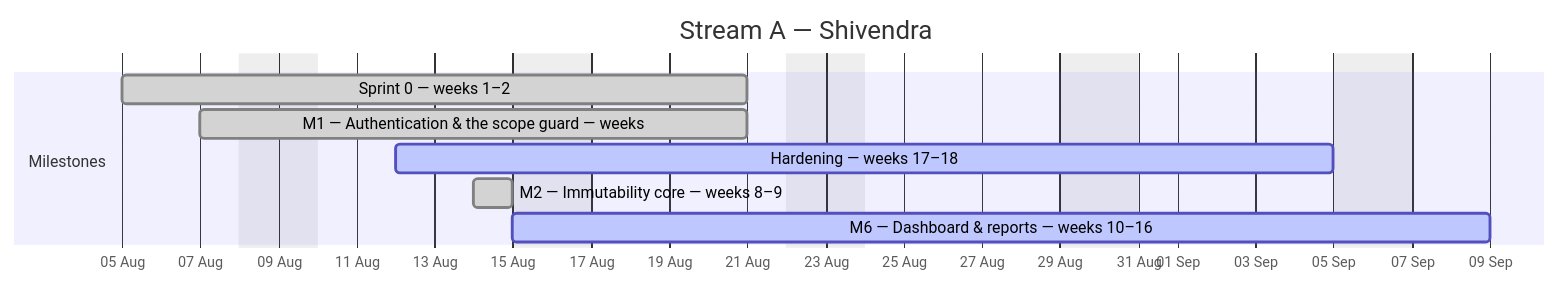
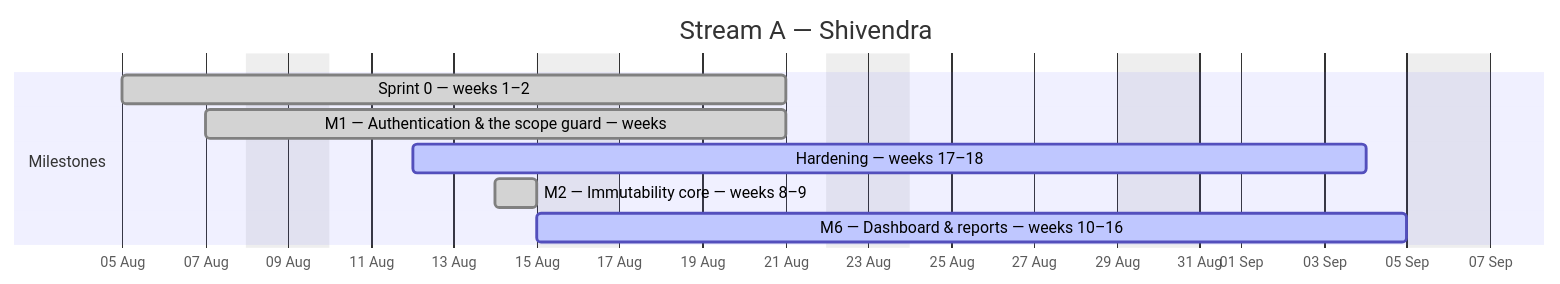
One commit to debashisedunext/EduTrack changed the first of 4 diagrams in docs/plan/GANTT.md. Above: the diagram before and after it, drawn with Mermaid. The commit also changed other lines of this file and 3 other files, not shown here.

````diff
--- a/docs/plan/GANTT.md
+++ b/docs/plan/GANTT.md
@@ -86,13 +86,13 @@
 ```mermaid
 gantt
     dateFormat YYYY-MM-DD
     axisFormat %d %b
     title Stream A — Shivendra
     excludes weekends
     section Milestones
     Sprint 0 — weeks 1–2 :done, a0, 2026-08-05, 12d
     M1 — Authentication & the scope guard — weeks :done, a1, 2026-08-07, 10d
-    Hardening — weeks 17–18 :active, a2, 2026-08-12, 18d
+    Hardening — weeks 17–18 :active, a2, 2026-08-12, 17d
     M2 — Immutability core — weeks 8–9 :done, a3, 2026-08-14, 1d
-    M6 — Dashboard & reports — weeks 10–16 :active, a4, 2026-08-15, 18d
+    M6 — Dashboard & reports — weeks 10–16 :active, a4, 2026-08-15, 16d
 ```
````
